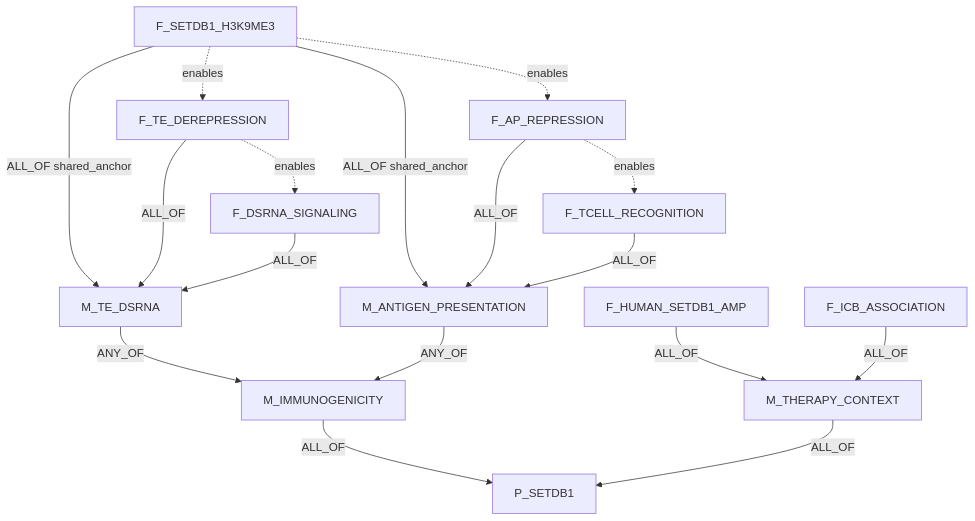
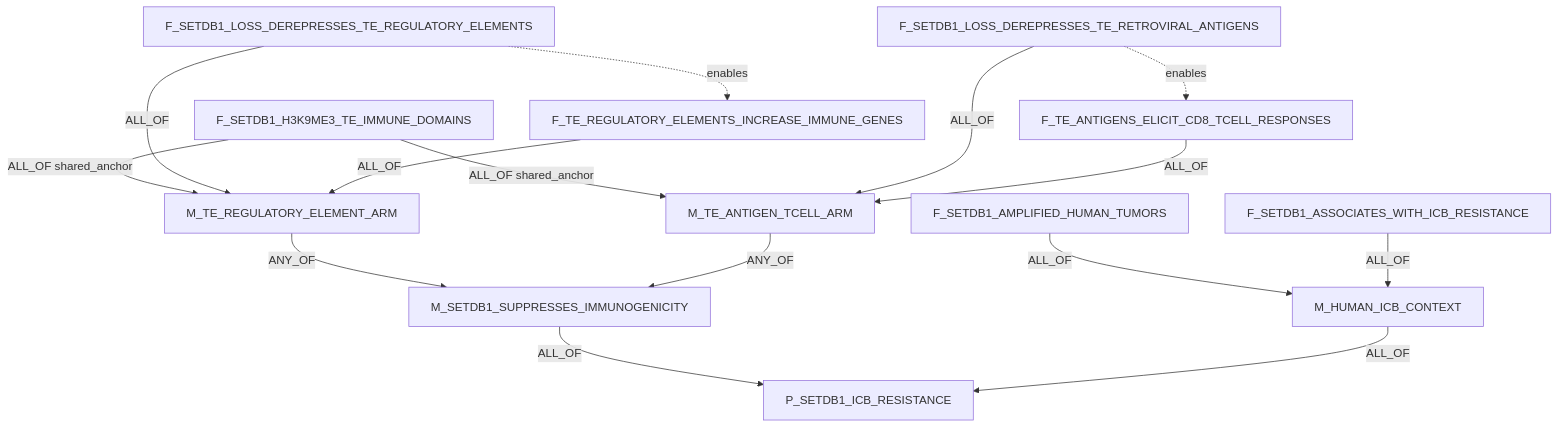
Before and after one commit to eliannaqk/bioKG: the second of 10 diagrams in CLAIM_OBJECT_MECHANISM_DAG_EXAMPLES.md, drawn with Mermaid. The commit also changed other lines of this file and 3 other files, not shown here.

````diff
--- a/CLAIM_OBJECT_MECHANISM_DAG_EXAMPLES.md
+++ b/CLAIM_OBJECT_MECHANISM_DAG_EXAMPLES.md
@@ -118,33 +122,31 @@
 ```mermaid
 flowchart TD
-  P["P_SETDB1"]
-  IMM["M_IMMUNOGENICITY"]
-  TE["M_TE_DSRNA"]
-  AP["M_ANTIGEN_PRESENTATION"]
-  TX["M_THERAPY_CONTEXT"]
-  A1["F_SETDB1_H3K9ME3"]
-  A2["F_TE_DEREPRESSION"]
-  A3["F_DSRNA_SIGNALING"]
-  B2["F_AP_REPRESSION"]
-  B3["F_TCELL_RECOGNITION"]
-  H1["F_HUMAN_SETDB1_AMP"]
-  H2["F_ICB_ASSOCIATION"]
+  P["P_SETDB1_ICB_RESISTANCE"]
+  IMM["M_SETDB1_SUPPRESSES_IMMUNOGENICITY"]
+  TE["M_TE_REGULATORY_ELEMENT_ARM"]
+  AG["M_TE_ANTIGEN_TCELL_ARM"]
+  TX["M_HUMAN_ICB_CONTEXT"]
+  A1["F_SETDB1_H3K9ME3_TE_IMMUNE_DOMAINS"]
+  A2["F_SETDB1_LOSS_DEREPRESSES_TE_REGULATORY_ELEMENTS"]
+  A3["F_TE_REGULATORY_ELEMENTS_INCREASE_IMMUNE_GENES"]
+  B2["F_SETDB1_LOSS_DEREPRESSES_TE_RETROVIRAL_ANTIGENS"]
+  B3["F_TE_ANTIGENS_ELICIT_CD8_TCELL_RESPONSES"]
+  H1["F_SETDB1_AMPLIFIED_HUMAN_TUMORS"]
+  H2["F_SETDB1_ASSOCIATES_WITH_ICB_RESISTANCE"]
 
   IMM -- "ALL_OF" --> P
   TX -- "ALL_OF" --> P
   TE -- "ANY_OF" --> IMM
-  AP -- "ANY_OF" --> IMM
+  AG -- "ANY_OF" --> IMM
   A1 -- "ALL_OF shared_anchor" --> TE
-  A1 -- "ALL_OF shared_anchor" --> AP
+  A1 -- "ALL_OF shared_anchor" --> AG
   A2 -- "ALL_OF" --> TE
   A3 -- "ALL_OF" --> TE
-  B2 -- "ALL_OF" --> AP
-  B3 -- "ALL_OF" --> AP
+  B2 -- "ALL_OF" --> AG
+  B3 -- "ALL_OF" --> AG
   H1 -- "ALL_OF" --> TX
   H2 -- "ALL_OF" --> TX
 
-  A1 -. "enables" .-> A2
   A2 -. "enables" .-> A3
-  A1 -. "enables" .-> B2
   B2 -. "enables" .-> B3
 ```
````
